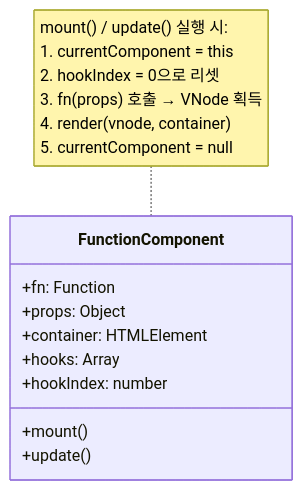
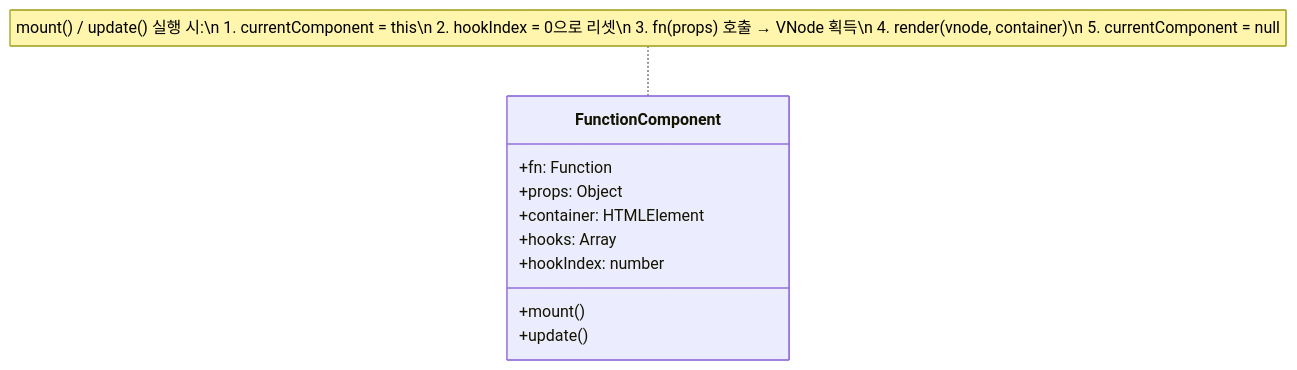
Before and after one commit to Jungle-12-303/week5.5_react: the second of 10 diagrams in README.md, drawn with Mermaid. The commit also changed other lines of this file, not shown here.

````diff
--- a/README.md
+++ b/README.md
@@ -269,14 +78,14 @@
 ```mermaid
 classDiagram
     class FunctionComponent {
         +fn: Function
         +props: Object
         +container: HTMLElement
         +hooks: Array
         +hookIndex: number
         +mount()
         +update()
     }
 
-    note for FunctionComponent "mount() / update() 실행 시:<br>  1. currentComponent = this<br>  2. hookIndex = 0으로 리셋<br>  3. fn(props) 호출 → VNode 획득<br>  4. render(vnode, container)<br>  5. currentComponent = null"
+    note for FunctionComponent "mount() / update() 실행 시:\n  1. currentComponent = this\n  2. hookIndex = 0으로 리셋\n  3. fn(props) 호출 → VNode 획득\n  4. render(vnode, container)\n  5. currentComponent = null"
 ```
````
